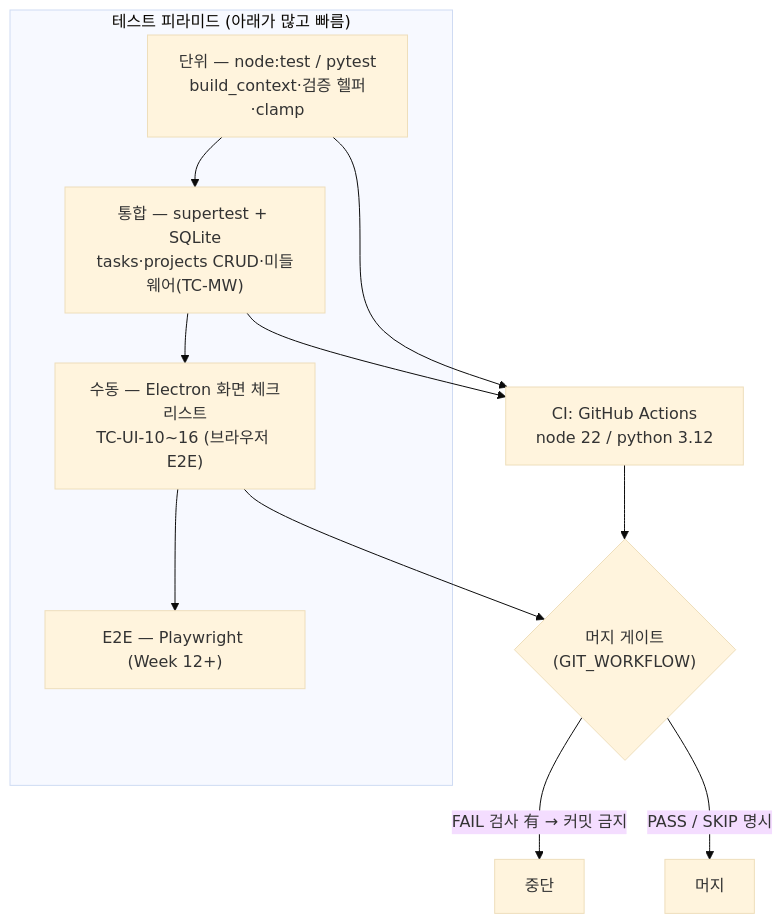
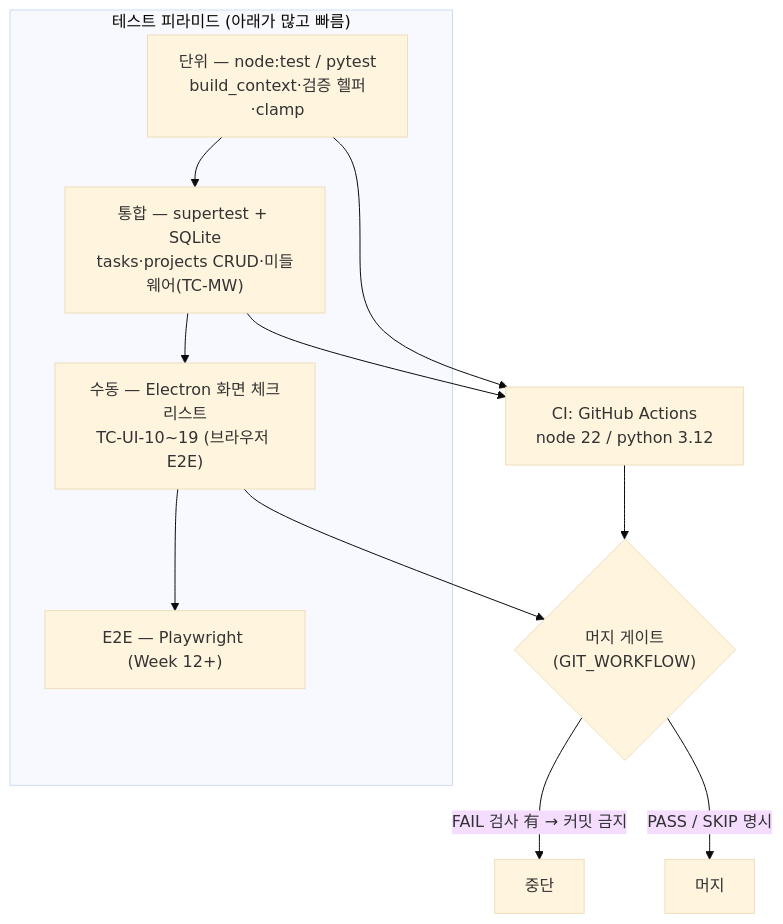
The diagram in docs/product/testing/TEST_PLAN.md (gamercross/my-setup-proj), drawn with Mermaid (base theme) before and after one commit. The commit also changed other lines of this file and 18 other files, not shown here.

````diff
--- a/docs/product/testing/TEST_PLAN.md
+++ b/docs/product/testing/TEST_PLAN.md
@@ -10,15 +10,15 @@
 ```mermaid
 flowchart TB
   subgraph PYR["테스트 피라미드 (아래가 많고 빠름)"]
     U["단위 — node:test / pytest<br/>build_context·검증 헬퍼·clamp"]
     I["통합 — supertest + SQLite<br/>tasks·projects CRUD·미들웨어(TC-MW)"]
-    M["수동 — Electron 화면 체크리스트<br/>TC-UI-10~16 (브라우저 E2E)"]
+    M["수동 — Electron 화면 체크리스트<br/>TC-UI-10~19 (브라우저 E2E)"]
     E["E2E — Playwright (Week 12+)"]
   end
   U --> I --> M --> E
   U & I --> CI["CI: GitHub Actions<br/>node 22 / python 3.12"]
   CI --> GATE{"머지 게이트<br/>(GIT_WORKFLOW)"}
   M --> GATE
   GATE -- "FAIL 검사 有 → 커밋 금지" --> STOP["중단"]
   GATE -- "PASS / SKIP 명시" --> MERGE["머지"]
 ```
````
